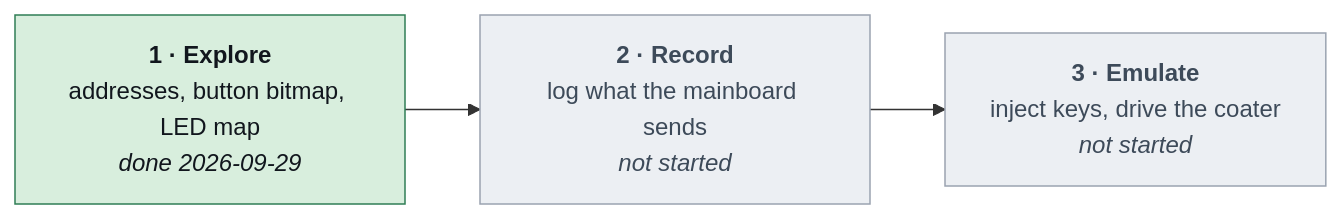
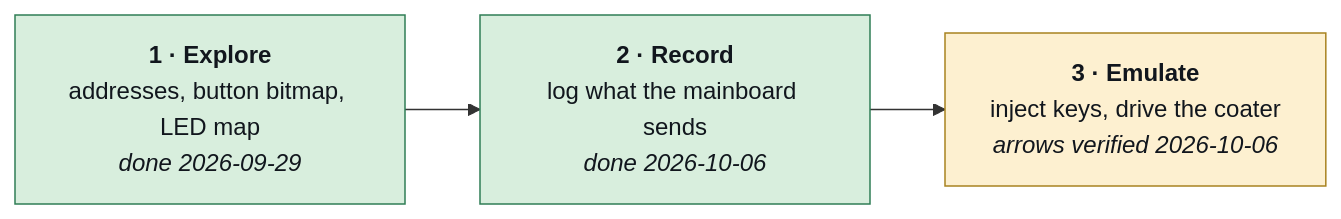
The second of 6 diagrams in README.md (coport-uni/SpinCoaterAutomation_I2C), drawn with Mermaid before and after one commit. The commit also changed other lines of this file and 25 other files, not shown here.

````diff
--- a/README.md
+++ b/README.md
@@ -48,12 +49,12 @@
 ```mermaid
 flowchart LR
     S1["<b>1 · Explore</b><br/>addresses, button bitmap, LED map<br/><i>done 2026-09-29</i>"]
-    S2["<b>2 · Record</b><br/>log what the mainboard sends<br/><i>not started</i>"]
-    S3["<b>3 · Emulate</b><br/>inject keys, drive the coater<br/><i>not started</i>"]
+    S2["<b>2 · Record</b><br/>log what the mainboard sends<br/><i>done 2026-10-06</i>"]
+    S3["<b>3 · Emulate</b><br/>inject keys, drive the coater<br/><i>arrows verified 2026-10-06</i>"]
     S1 --> S2 --> S3
 
     classDef done fill:#d8eedd,stroke:#2f7d55,color:#11161d
-    classDef todo fill:#eceff3,stroke:#9aa3b0,color:#3d4a59
-    class S1 done
-    class S2,S3 todo
+    classDef part fill:#fdf0d0,stroke:#a8821f,color:#11161d
+    class S1,S2 done
+    class S3 part
 ```
````
